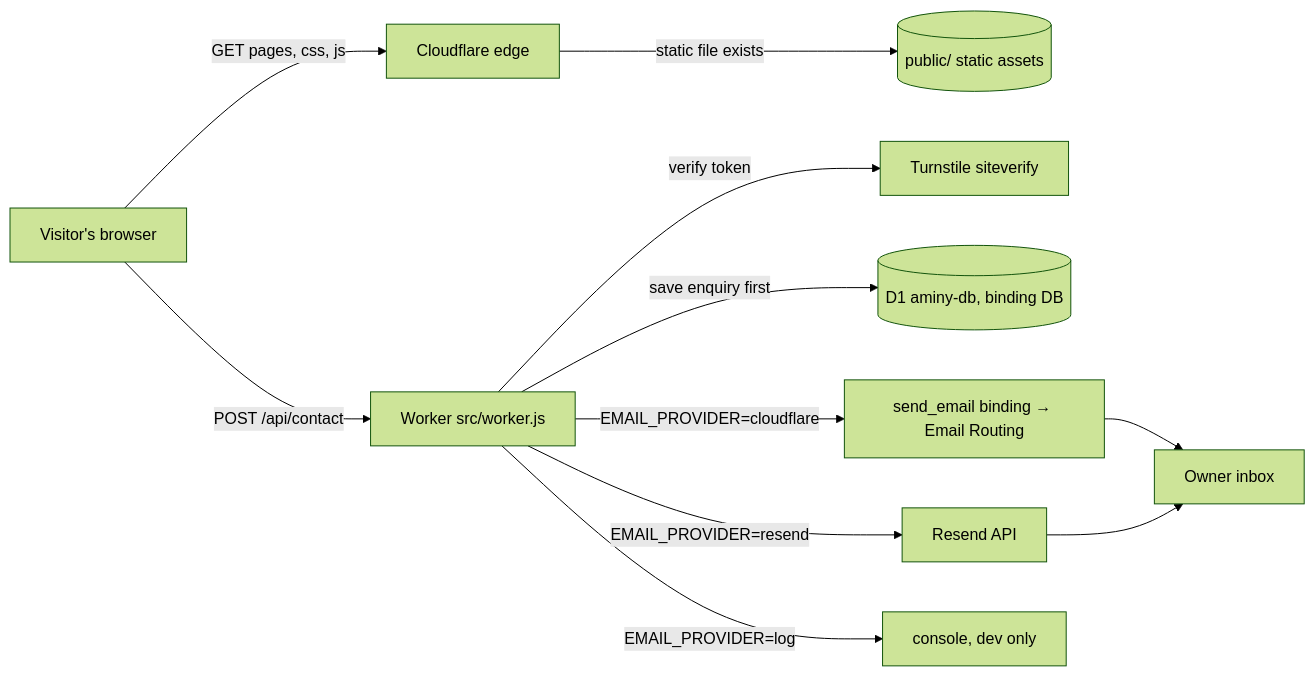
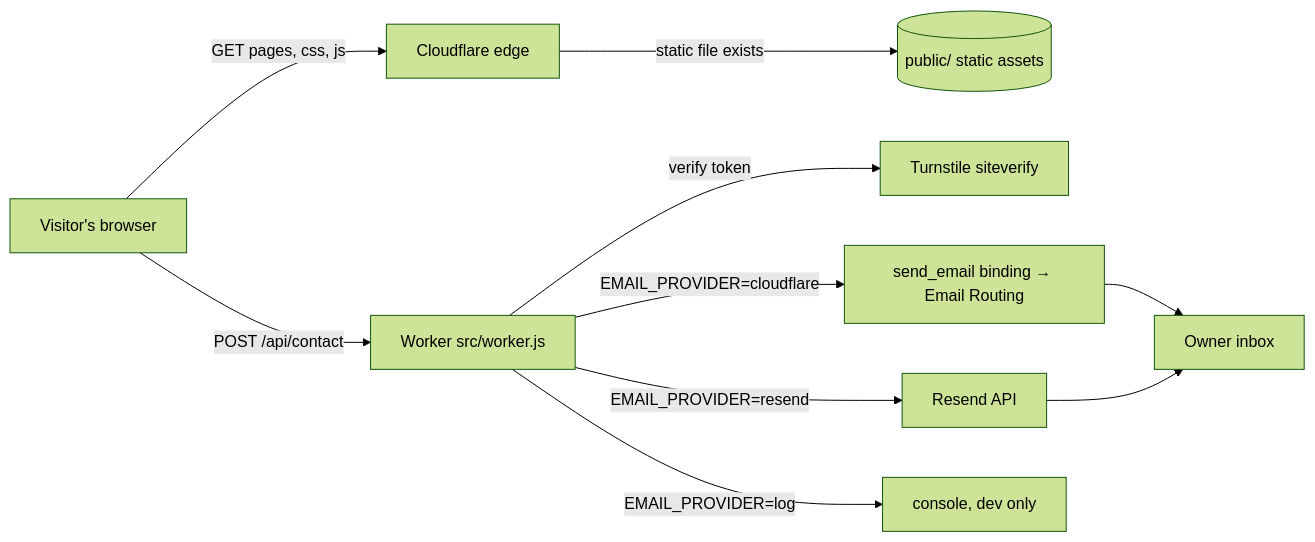
One commit to Farid0457/Aminy-Phone-Repair-2 changed the diagram in docs/architecture.md. Above: the diagram before and after it, drawn with Mermaid (forest theme). The commit also changed other lines of this file and 7 other files, not shown here.

````diff
--- a/docs/architecture.md
+++ b/docs/architecture.md
@@ -5,13 +5,12 @@
 ```mermaid
 flowchart LR
   V[Visitor's browser] -->|GET pages, css, js| CF[Cloudflare edge]
   CF -->|static file exists| A[(public/ static assets)]
   V -->|POST /api/contact| W[Worker src/worker.js]
   W -->|verify token| T[Turnstile siteverify]
-  W -->|save enquiry first| D[(D1 aminy-db, binding DB)]
   W -->|EMAIL_PROVIDER=cloudflare| E[send_email binding → Email Routing]
   W -->|EMAIL_PROVIDER=resend| R[Resend API]
   W -->|EMAIL_PROVIDER=log| L[console, dev only]
   E --> O[Owner inbox]
   R --> O
 ```
````
